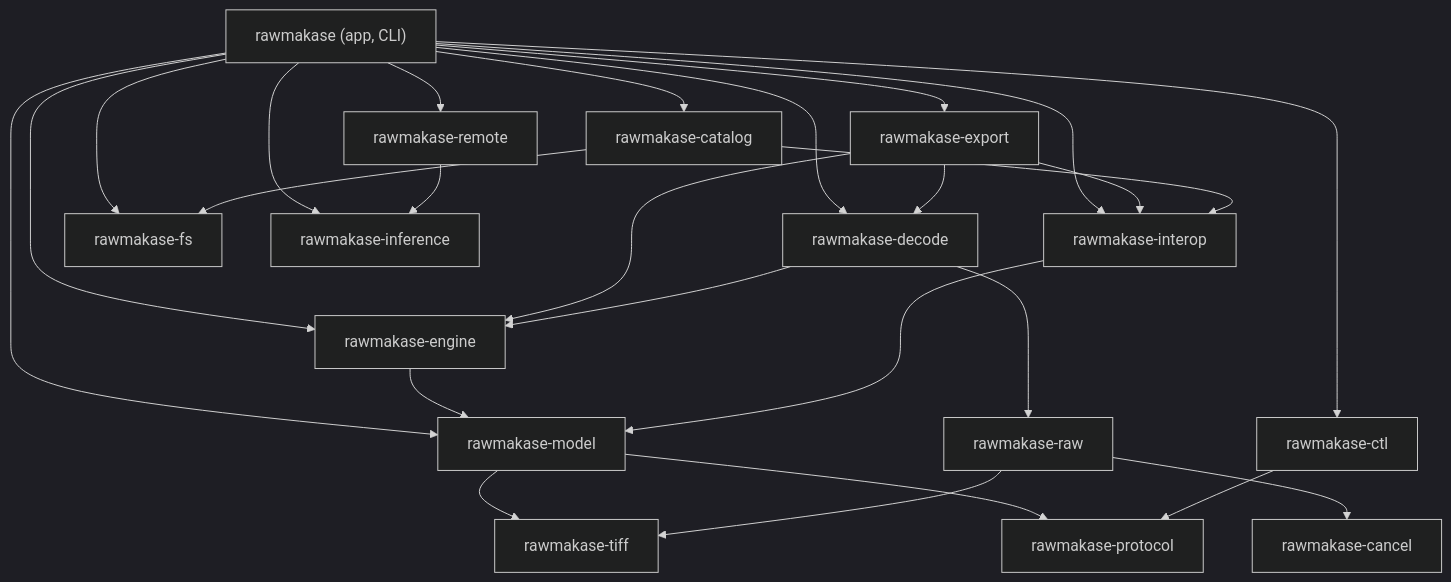
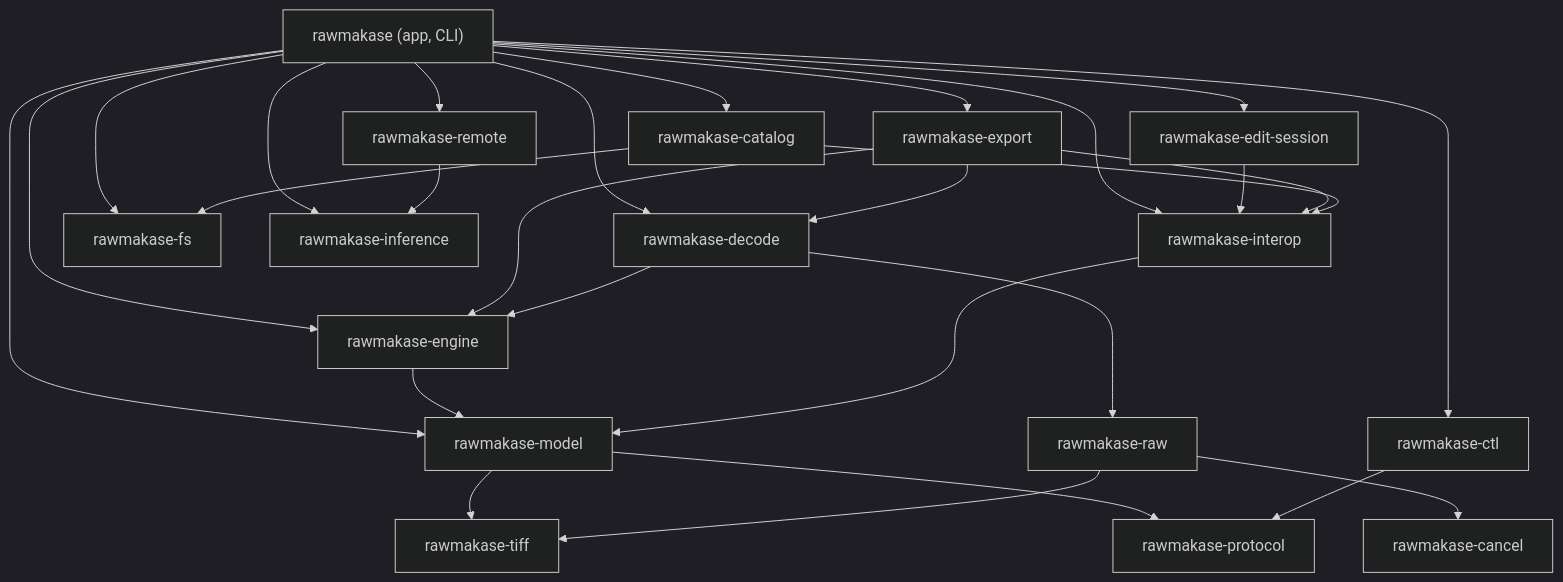
Before and after one commit to ljbergmann/rawmakase: the diagram in docs/architecture.md, drawn with Mermaid (dark theme). The commit also changed other lines of this file and 14 other files, not shown here.

First line of the commit message:
Move edit_session into a crate of its own

````diff
--- a/docs/architecture.md
+++ b/docs/architecture.md
@@ -15,30 +15,32 @@
 ```mermaid
 flowchart TD
     app["rawmakase (app, CLI)"]
     export[rawmakase-export]
     decode[rawmakase-decode]
     catalog[rawmakase-catalog]
     engine[rawmakase-engine]
     interop[rawmakase-interop]
     model[rawmakase-model]
     raw[rawmakase-raw]
     tiff[rawmakase-tiff]
     cancel[rawmakase-cancel]
     fs[rawmakase-fs]
     protocol[rawmakase-protocol]
     ctl[rawmakase-ctl]
     remote[rawmakase-remote]
     inference[rawmakase-inference]
+    session[rawmakase-edit-session]
 
     app --> export & decode & catalog & engine & interop & model
-    app --> ctl & remote & inference & fs
+    app --> ctl & remote & inference & fs & session
+    session --> interop
     export --> decode & engine & interop
     decode --> engine & raw
     catalog --> interop & fs
     engine --> model
     interop --> model
     model --> tiff & protocol
     raw --> tiff & cancel
     ctl --> protocol
     remote --> inference
 ```
````
